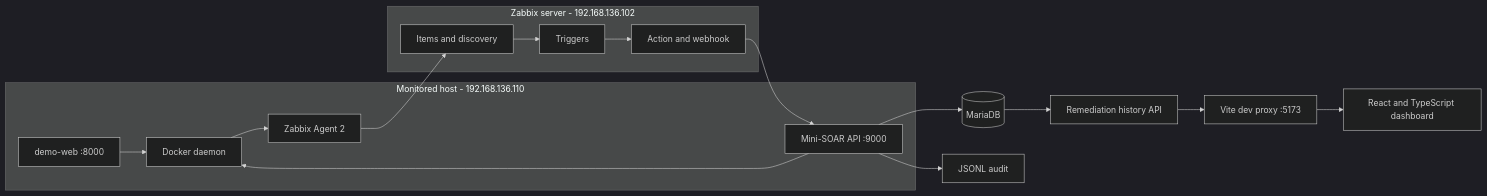
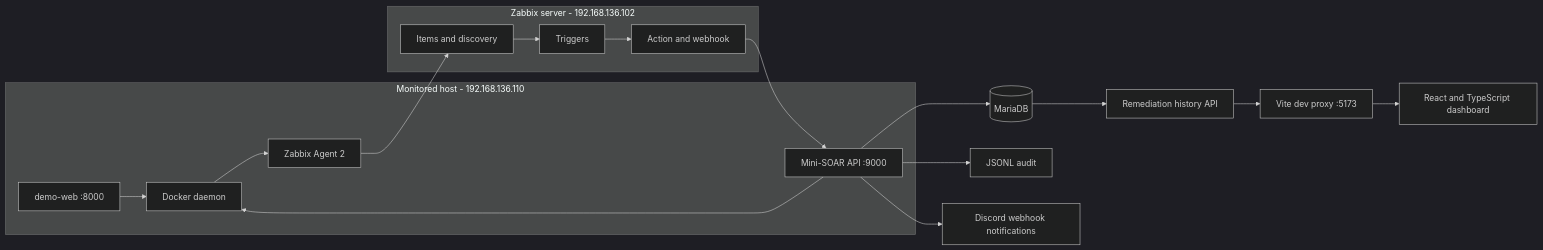
Before and after one commit to anhta-0207/Mini-Soar: the first of 2 diagrams in docs/architecture.md, drawn with Mermaid (dark theme). The commit also changed other lines of this file and 3 other files, not shown here.

````diff
--- a/docs/architecture.md
+++ b/docs/architecture.md
@@ -11,27 +11,28 @@
 ```mermaid
 flowchart LR
     subgraph Monitored_Host[Monitored host - 192.168.136.110]
         A[demo-web :8000]
         B[Docker daemon]
         C[Zabbix Agent 2]
         D[Mini-SOAR API :9000]
         A --> B
         B --> C
         D --> B
     end
 
     subgraph Monitoring[Zabbix server - 192.168.136.102]
         E[Items and discovery]
         F[Triggers]
         G[Action and webhook]
         E --> F --> G
     end
 
     C --> E
     G --> D
     D --> H[(MariaDB)]
     D --> I[JSONL audit]
     H --> J[Remediation history API]
     J --> K[Vite dev proxy :5173]
     K --> L[React and TypeScript dashboard]
+    D --> M[Discord webhook notifications]
 ```
````
